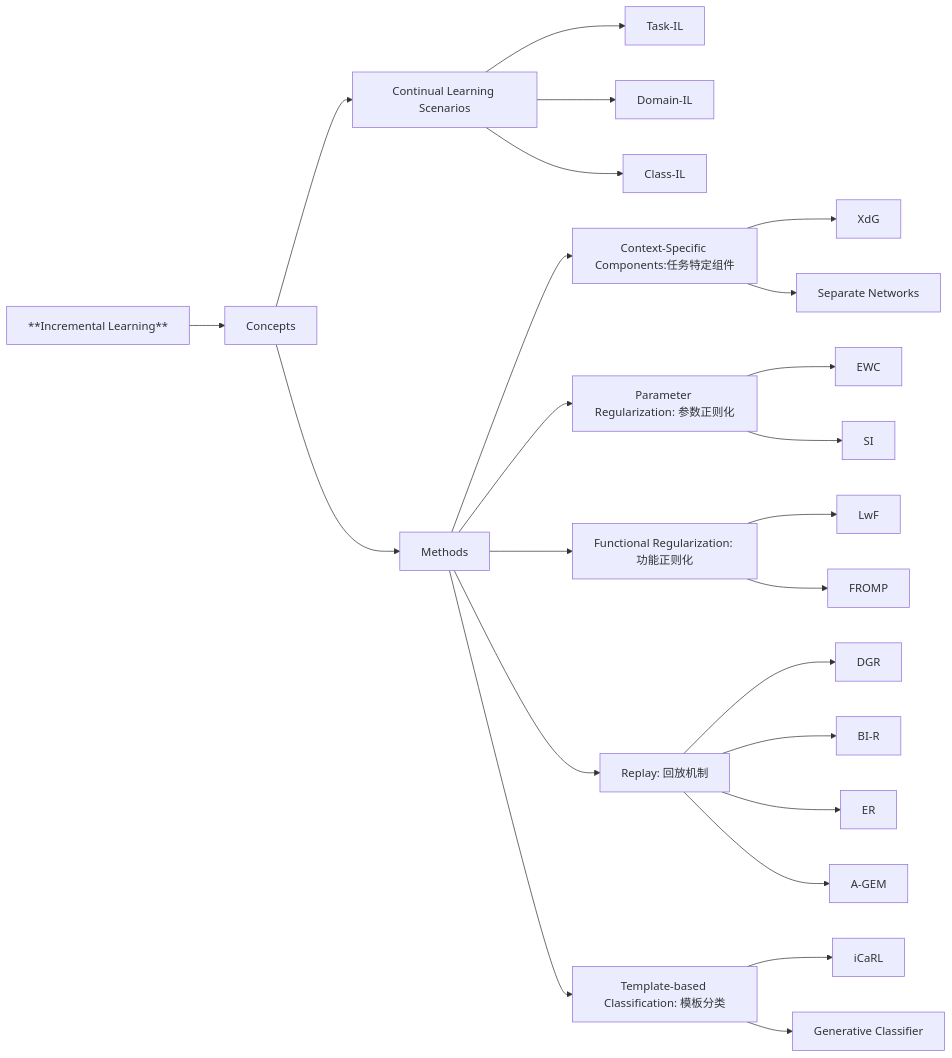
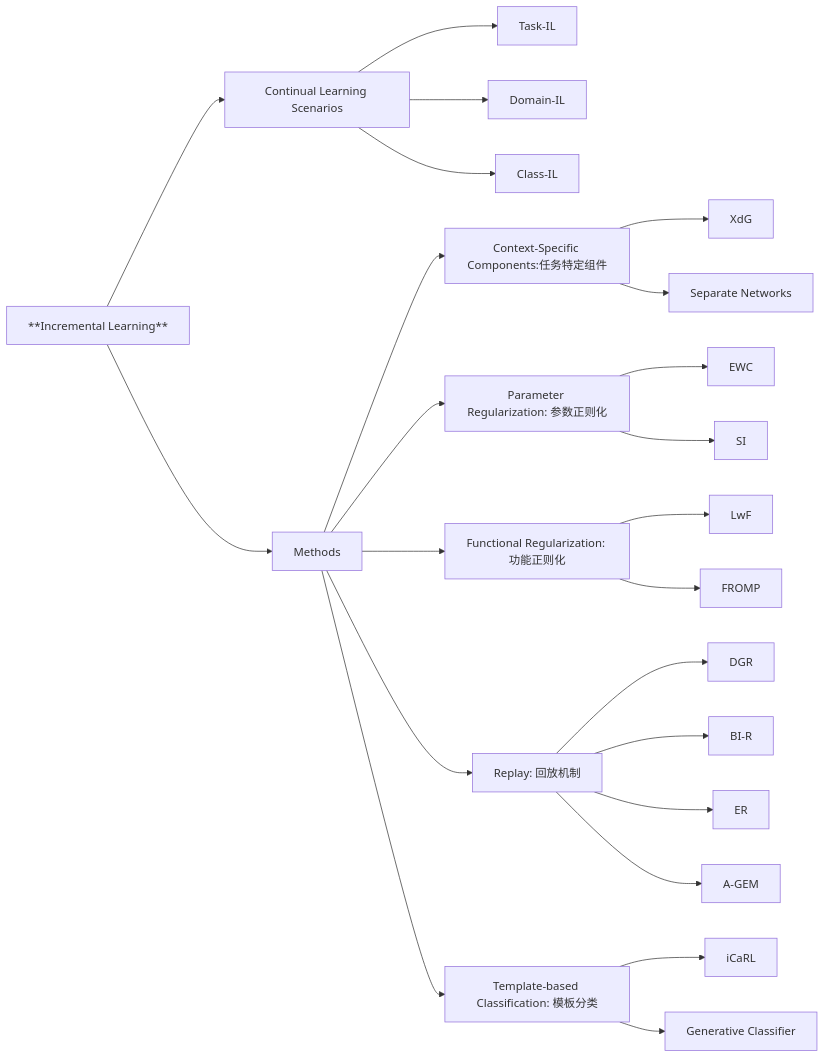
Before and after one commit to RenaissanceT/Continual_Learning_for_Time_Series_Survey_and_Evaluation: the diagram in Article Analysis/1. Three types of incremental learning.md, drawn with Mermaid.

Commit message:
Update 1. Three types of incremental learning.md

````diff
--- a/Article Analysis/1. Three types of incremental learning.md
+++ b/Article Analysis/1. Three types of incremental learning.md
@@ -11,28 +11,27 @@
 ```mermaid
 graph LR
-    A[**Incremental Learning**] --> B[Concepts]
+    A[**Incremental Learning**] --> E1[Continual Learning Scenarios]
+    A --> E2[Methods]
 
-    B --> E1[Continual Learning Scenarios]
     E1 --> F1[Task-IL] 
     E1 --> F2[Domain-IL]
     E1 --> F3[Class-IL]
 
-    B --> E2[Methods] 
     E2 --> G1[Context-Specific Components:任务特定组件]
         G1 --> H1[XdG]
         G1 --> H2[Separate Networks]
     E2 --> G2[Parameter Regularization: 参数正则化]
         G2 --> H3[EWC]
         G2 --> H4[SI]
     E2 --> G3[Functional Regularization: 功能正则化]
         G3 --> H5[LwF]
         G3 --> H6[FROMP]
     E2 --> G4[Replay: 回放机制]
         G4 --> H7[DGR]
         G4 --> H8[BI-R]
         G4 --> H9[ER]
         G4 --> H10[A-GEM]
     E2 --> G5[Template-based Classification: 模板分类]
         G5 --> H11[iCaRL]
         G5 --> H12[Generative Classifier]
 ```
````
